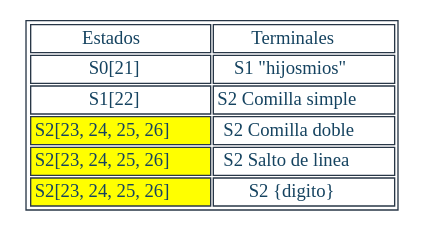
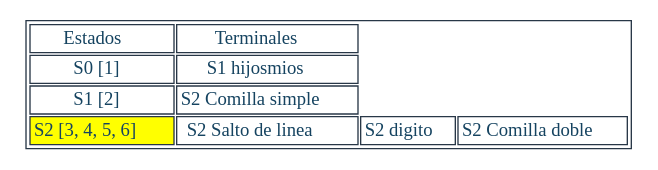
The diagram in Regexive/archivos/TRANSICIONES_201901557/EXP5.dot (JeffMendez/OCL_Proyecto1_201901557), drawn with Graphviz before and after one commit. The commit also changed 58 other files, not shown here.

```diff
--- a/Regexive/archivos/TRANSICIONES_201901557/EXP5.dot
+++ b/Regexive/archivos/TRANSICIONES_201901557/EXP5.dot
@@ -1,19 +1,14 @@
 digraph T {
 aHtmlTable [
    shape=plaintext
    color="#283747" fontcolor="#154360" label=<
 
    <table border='1' cellborder='1'>
    <tr>
       <td>Estados</td>
       <td>Terminales</td>
-   </tr>	<tr><td>S0[21]</td><td>S1 "hijosmios"</td></tr>
-	<tr><td>S1[22]</td><td>S2 Comilla simple</td></tr>
-	<tr><td bgcolor="yellow">S2[23, 24, 25, 26]</td><td>S2 Comilla doble</td></tr>
-	<tr><td bgcolor="yellow">S2[23, 24, 25, 26]</td><td>S2 Salto de linea</td></tr>
-	<tr><td bgcolor="yellow">S2[23, 24, 25, 26]</td><td>S2 {digito}</td></tr>
-</table>
+   </tr><tr><td>S0 [1]</td><td>S1 hijosmios</td></tr><tr><td>S1 [2]</td><td>S2 Comilla simple</td></tr><tr><td bgcolor="yellow"> S2 [3, 4, 5, 6]</td><td>S2 Salto de linea</td><td>S2 digito</td><td>S2 Comilla doble</td></tr></table>
 
    >]; 
 
 }
```
